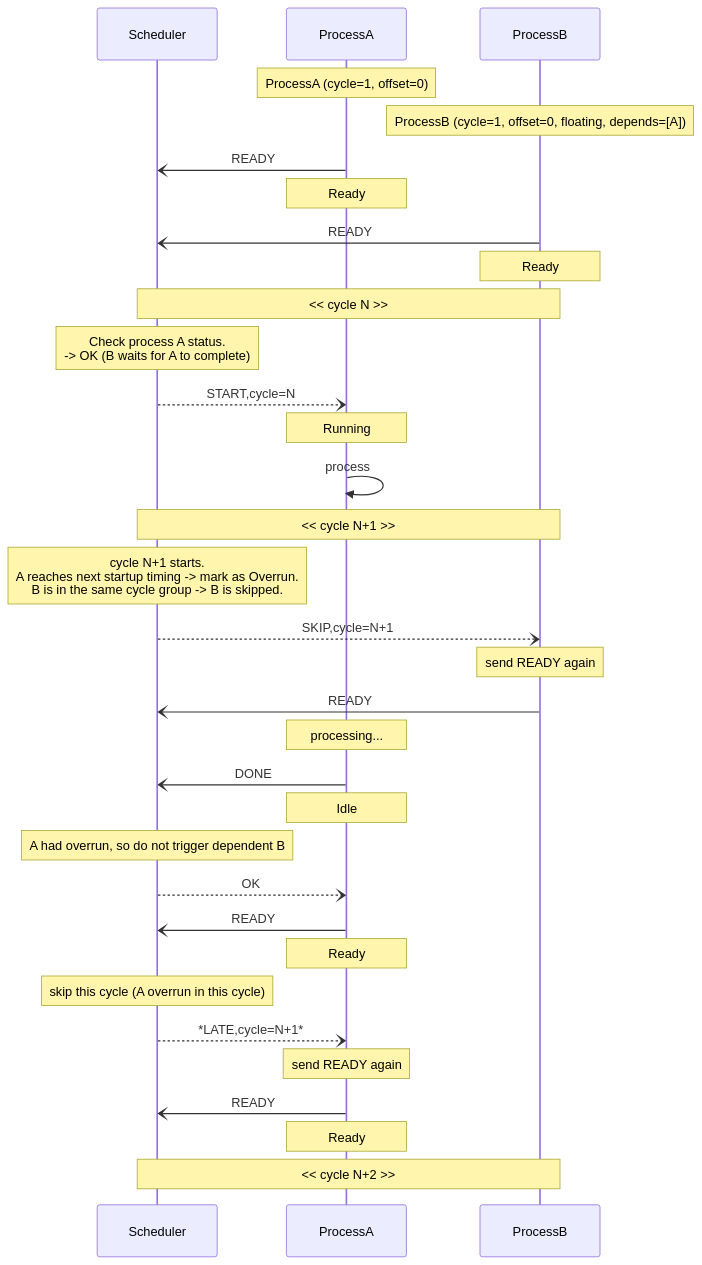
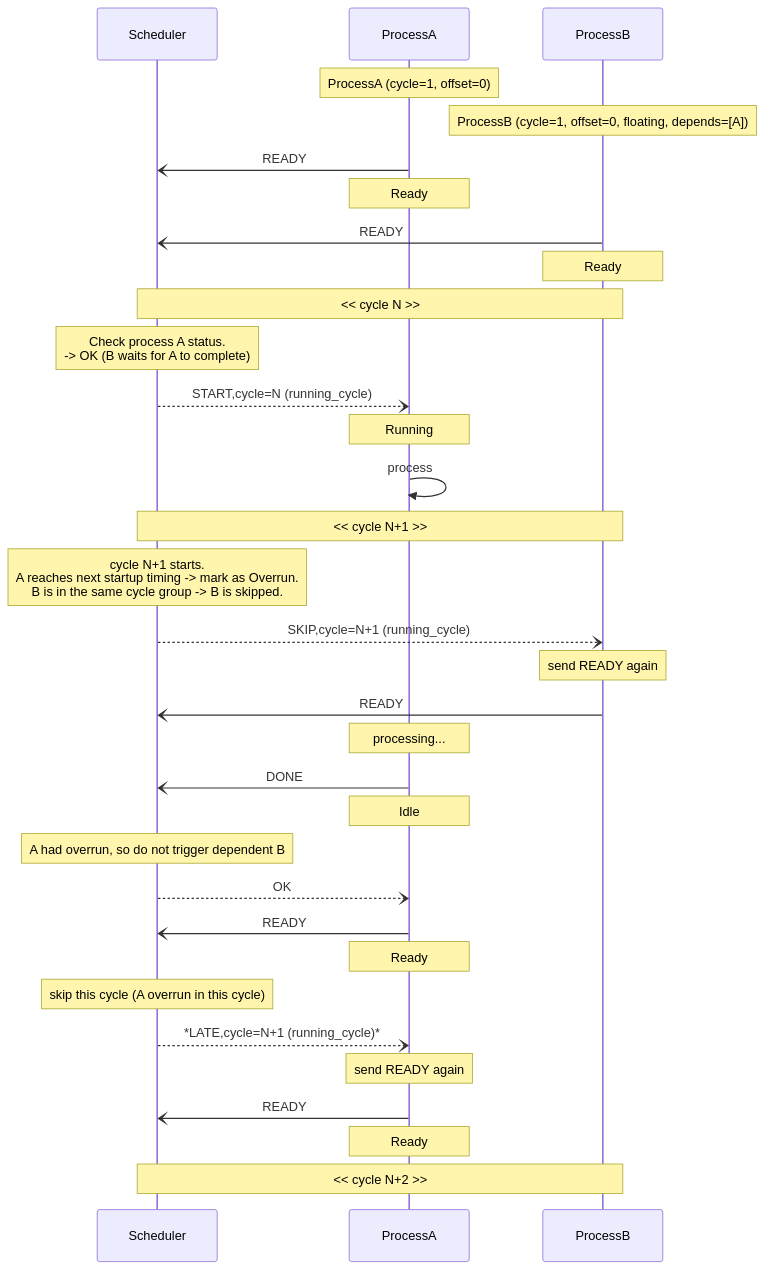
Before and after one commit to nao-kawano/ritsu-scheduler: the first of 4 diagrams in docs/message-sequence-skip.md, drawn with Mermaid. The commit also changed other lines of this file and 3 other files, not shown here.

````diff
--- a/docs/message-sequence-skip.md
+++ b/docs/message-sequence-skip.md
@@ -35,45 +35,45 @@
 ```mermaid
 sequenceDiagram
   participant S as Scheduler
   participant A as ProcessA
   participant B as ProcessB
 
   Note over A: ProcessA (cycle=1, offset=0)
   Note over B: ProcessB (cycle=1, offset=0, floating, depends=[A])
 
   A -) S: READY
   Note over A: Ready
   B -) S: READY
   Note over B: Ready
 
 Note over S,B: << cycle N >>
 
   Note over S: Check process A status.<br />-> OK (B waits for A to complete)
-  S --) A: START,cycle=N
+  S --) A: START,cycle=N (running_cycle)
   Note over A: Running
   A ->> A: process
 
 Note over S,B: << cycle N+1 >>
   Note over S: cycle N+1 starts.<br />A reaches next startup timing -> mark as Overrun.<br />B is in the same cycle group -> B is skipped.
 
-  S --) B: SKIP,cycle=N+1
+  S --) B: SKIP,cycle=N+1 (running_cycle)
   Note over B: send READY again
   B -) S: READY
 
   Note over A: processing...
   A -) S: DONE
   Note over A: Idle
   Note over S: A had overrun, so do not trigger dependent B
   S --) A: OK
 
   A -) S: READY
   Note over A: Ready
   Note over S: skip this cycle (A overrun in this cycle)
-  S --) A: *LATE,cycle=N+1*
+  S --) A: *LATE,cycle=N+1 (running_cycle)*
     Note over A: send READY again
 
   A -) S: READY
   Note over A: Ready
 
 Note over S,B: << cycle N+2 >>
 ```
````
